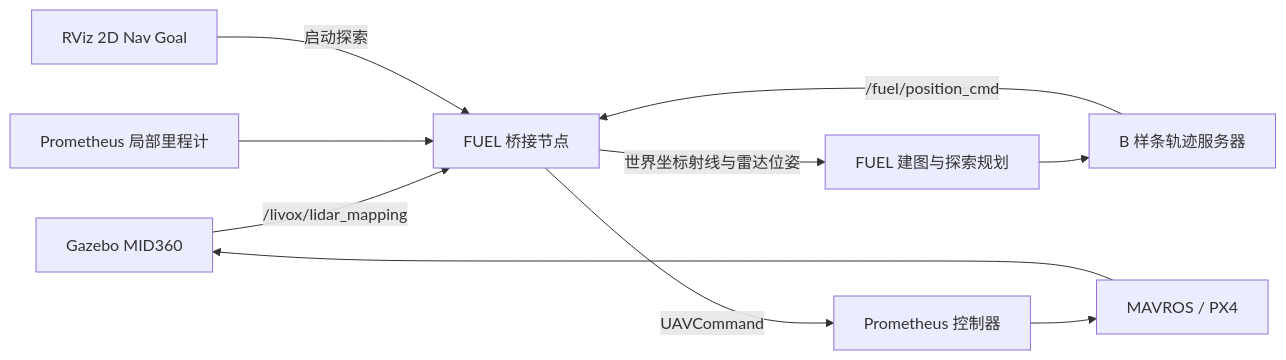
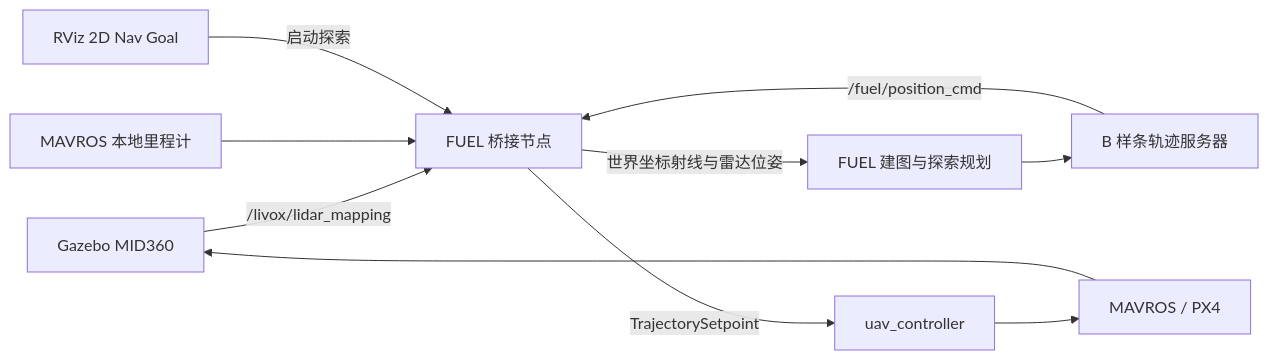
Before and after one commit to STARLIGHT3557/fuel_LTAOM: the diagram in docs/TROUBLESHOOTING.md, drawn with Mermaid. The commit also changed other lines of this file and 30 other files, not shown here.

````diff
--- a/docs/TROUBLESHOOTING.md
+++ b/docs/TROUBLESHOOTING.md
@@ -11,12 +11,12 @@
 ```mermaid
 flowchart LR
     G[Gazebo MID360] -->|/livox/lidar_mapping| B[FUEL 桥接节点]
-    O[Prometheus 局部里程计] --> B
+    O[MAVROS 本地里程计] --> B
     B -->|世界坐标射线与雷达位姿| F[FUEL 建图与探索规划]
     F --> T[B 样条轨迹服务器]
     T -->|/fuel/position_cmd| B
-    B -->|UAVCommand| C[Prometheus 控制器]
+    B -->|TrajectorySetpoint| C[uav_controller]
     C --> M[MAVROS / PX4]
     M --> G
     R[RViz 2D Nav Goal] -->|启动探索| B
 ```
````
